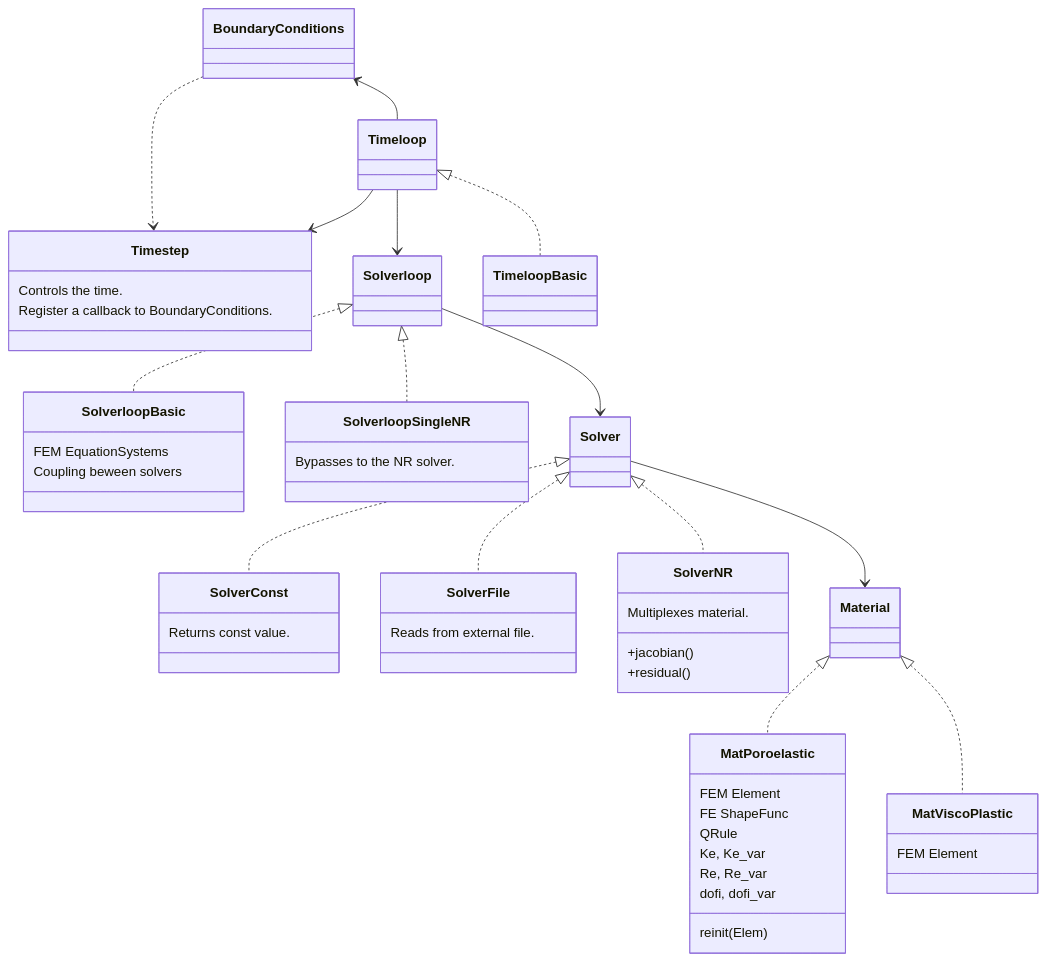
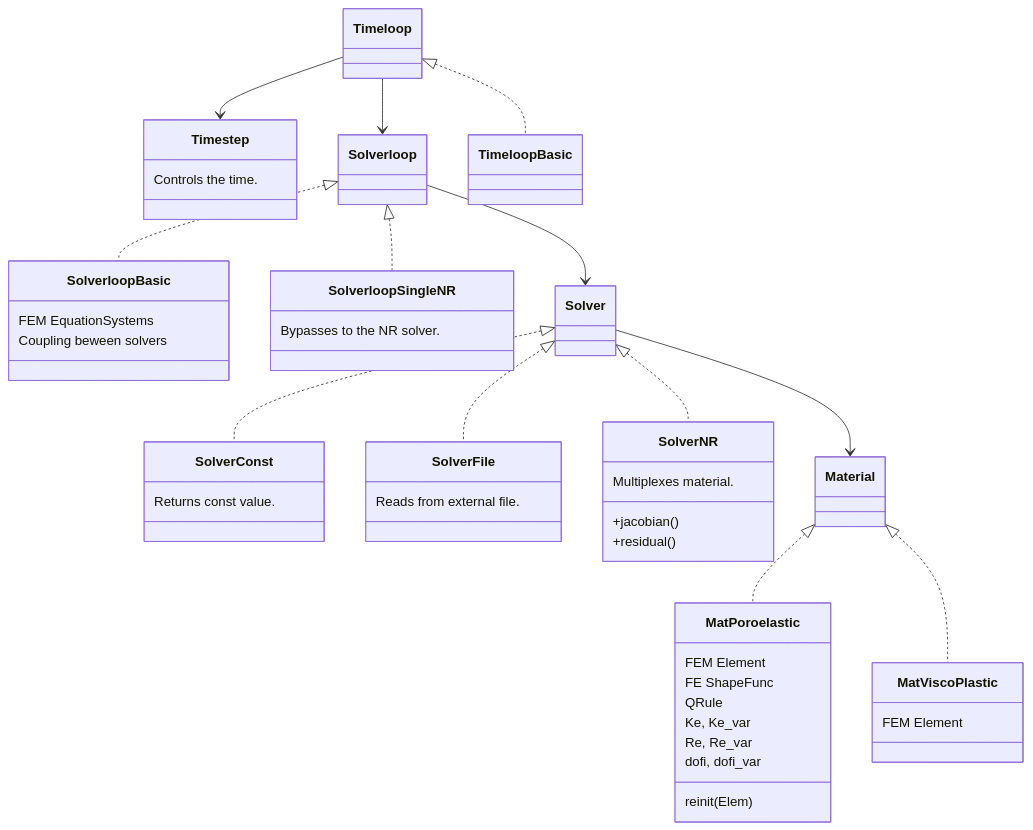
The second of 2 diagrams in doc/Description.md (rebpoli/harpy), drawn with Mermaid before and after one commit. The commit also changed other lines of this file, not shown here.

````diff
--- a/doc/Description.md
+++ b/doc/Description.md
@@ -121,70 +118,67 @@
 ```mermaid
 classDiagram
     Timeloop --> Timestep
-    BoundaryConditions <-- Timeloop
 
     Solverloop <|.. SolverloopBasic
 
 
     class Timestep {
         Controls the time.
-        Register a callback to BoundaryConditions.
     }
-    BoundaryConditions ..> Timestep
 
 %% Implementations
     class SolverloopBasic {
         FEM EquationSystems
         Coupling beween solvers
     }
 
     class MatViscoPlastic { FEM Element }
 
     class MatPoroelastic {
         FEM Element 
         FE ShapeFunc
         QRule
         Ke, Ke_var
         Re, Re_var
         dofi, dofi_var
         reinit(Elem)
     }
 
     class SolverloopSingleNR { Bypasses to the NR solver. } 
 
     class SolverConst { Returns const value.  }
     class SolverFile { Reads from external file. }
     class SolverNR { 
         Multiplexes material.
         
         +jacobian()
         +residual()
         }
 
 %% Dependencies
 
 %% Interfaces << implementations
     Timeloop <|.. TimeloopBasic
     Material <|.. MatPoroelastic
     Material <|.. MatViscoPlastic
     Solverloop <|.. SolverloopSingleNR
 
     Solver <|.. SolverNR
     Solver <|.. SolverConst
     Solver <|.. SolverFile
 
     Timeloop --> Solverloop
     Solverloop --> Solver
     Solver --> Material
 
 %%
 %% classA <|-- classB    // Inheritance (B inherits from A)
 %% classA <|.. classB    // Implementation (B implements A)
 %% classA *-- classB     // Composition (B is part of A)
 %% classA o-- classB     // Aggregation (B is used by A)
 %% classA --> classB     // Association (A references B)
 %% classA ..> classB     // Dependency (A depends on B)
 %% classA ..|> classB    // Realization (B realizes A)
 %% classA <--> classB    // Bidirectional association
 
 ```
````
